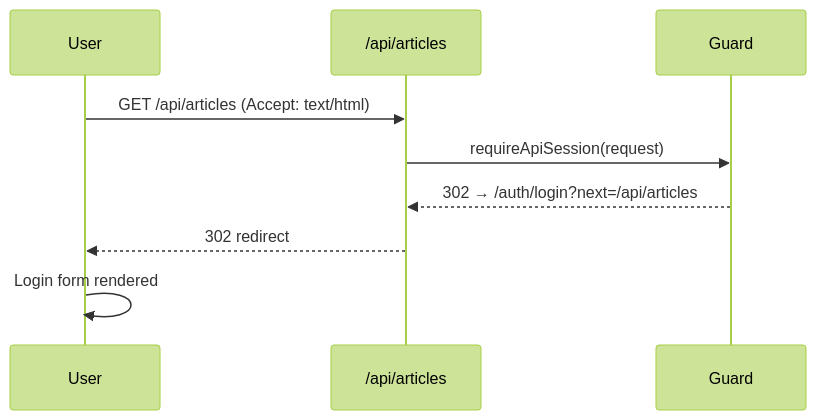
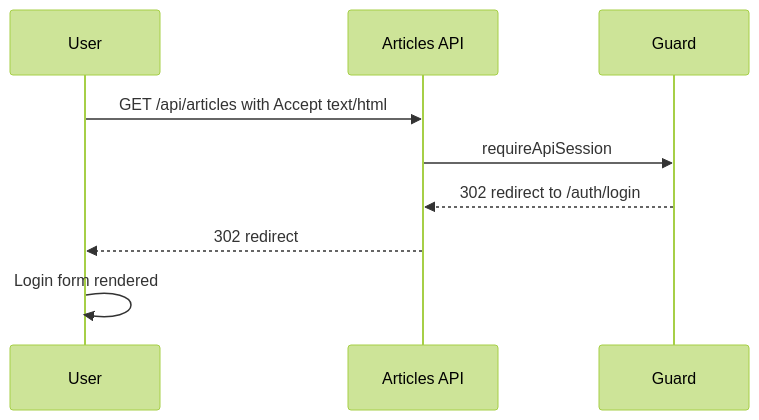
One commit to SHARATHKM2004/new--repo changed the third of 6 diagrams in docs/API_AUTHENTICATION.md. Above: the diagram before and after it, drawn with Mermaid (forest theme). The commit also changed other lines of this file, not shown here.

Commit message:
docs: fix mermaid diagram syntax for GitHub rendering

````diff
--- a/docs/API_AUTHENTICATION.md
+++ b/docs/API_AUTHENTICATION.md
@@ -158,11 +159,11 @@
 ```mermaid
 sequenceDiagram
     participant U as User
-    participant API as /api/articles
+    participant API as Articles API
     participant Guard
-    U->>API: GET /api/articles (Accept: text/html)
-    API->>Guard: requireApiSession(request)
-    Guard-->>API: 302 → /auth/login?next=/api/articles
+    U->>API: GET /api/articles with Accept text/html
+    API->>Guard: requireApiSession
+    Guard-->>API: 302 redirect to /auth/login
     API-->>U: 302 redirect
     U->>U: Login form rendered
 ```
````
